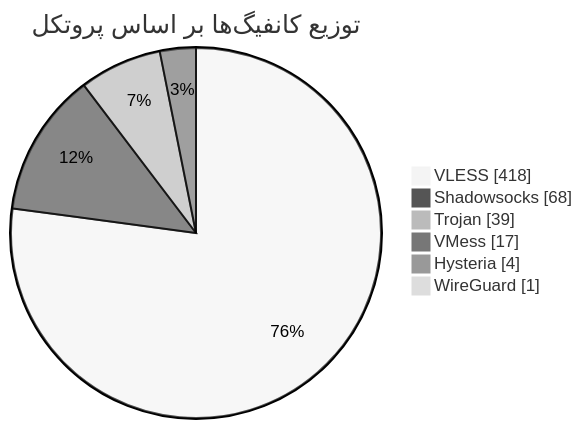
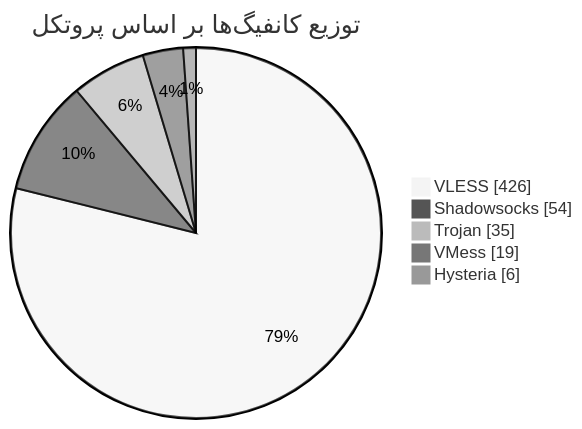
The diagram in README.md (Arian-Alijani/Somthing), drawn with Mermaid (neutral theme) before and after one commit. The commit also changed other lines of this file and 71 other files, not shown here.

````diff
--- a/README.md
+++ b/README.md
@@ -48,10 +47,9 @@
 ```mermaid
 pie showData
     title توزیع کانفیگ‌ها بر اساس پروتکل
-    "VLESS" : 418
-    "Shadowsocks" : 68
-    "Trojan" : 39
-    "VMess" : 17
-    "Hysteria" : 4
-    "WireGuard" : 1
+    "VLESS" : 426
+    "Shadowsocks" : 54
+    "Trojan" : 35
+    "VMess" : 19
+    "Hysteria" : 6
 ```
````
